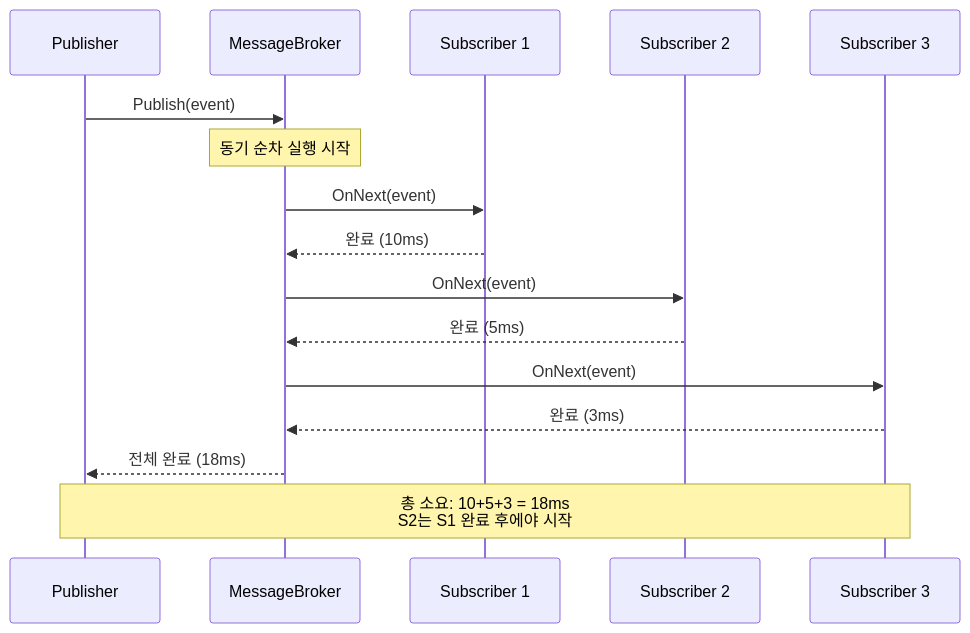
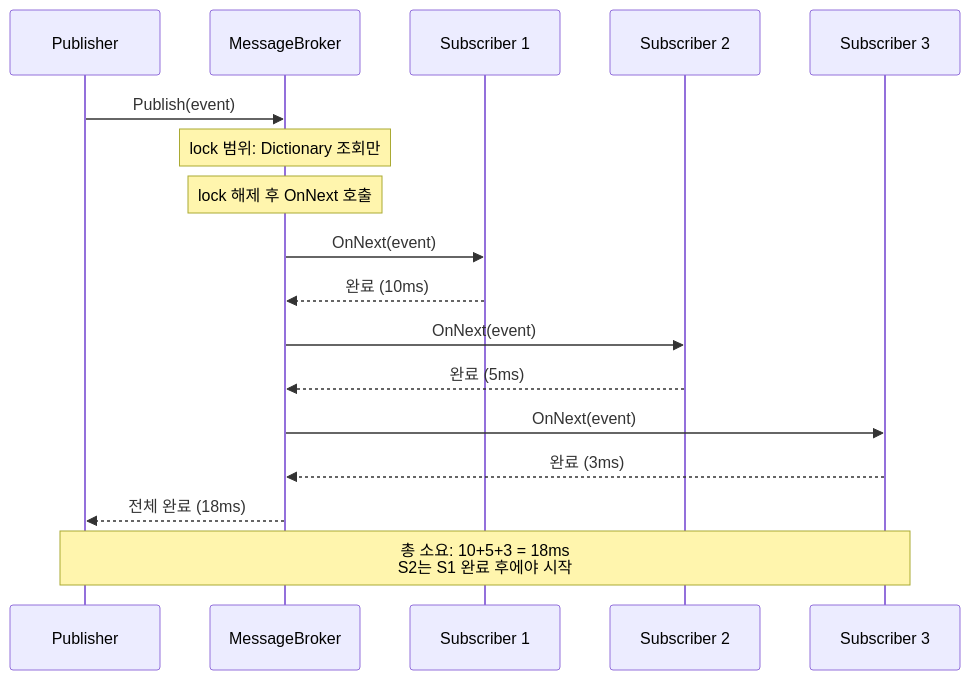
One commit to Epheria/Epheria.github.io changed the fourth of 7 diagrams in _posts/Csharp/UniRx/2025-09-24-MessageBroker.md. Above: the diagram before and after it, drawn with Mermaid. The commit also changed other lines of this file and 2 other files, not shown here.

````diff
--- a/_posts/Csharp/UniRx/2025-09-24-MessageBroker.md
+++ b/_posts/Csharp/UniRx/2025-09-24-MessageBroker.md
@@ -360,19 +427,20 @@
 ```mermaid
 sequenceDiagram
     participant Pub as Publisher
     participant MB as MessageBroker
     participant S1 as Subscriber 1
     participant S2 as Subscriber 2
     participant S3 as Subscriber 3
 
     Pub->>MB: Publish(event)
-    Note over MB: 동기 순차 실행 시작
+    Note over MB: lock 범위: Dictionary 조회만
+    Note over MB: lock 해제 후 OnNext 호출
     MB->>S1: OnNext(event)
     S1-->>MB: 완료 (10ms)
     MB->>S2: OnNext(event)
     S2-->>MB: 완료 (5ms)
     MB->>S3: OnNext(event)
     S3-->>MB: 완료 (3ms)
     MB-->>Pub: 전체 완료 (18ms)
     Note over Pub,S3: 총 소요: 10+5+3 = 18ms<br/>S2는 S1 완료 후에야 시작
 ```
````
